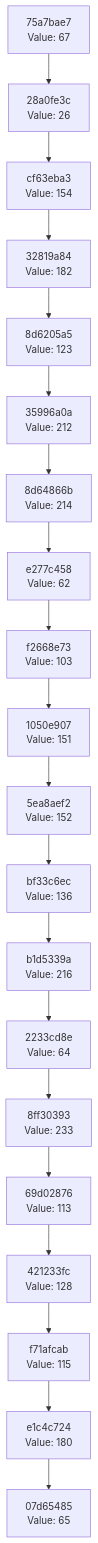
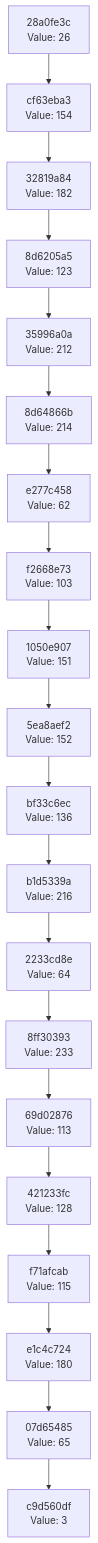
The diagram in docs/CHAIN_VISUALIZATION.md (Abhisheksinha1506/hash-chain-evolver), drawn with Mermaid before and after one commit. The commit also changed 2 other files, not shown here.

Commit message:
Evolution step: hash 0x03 → action executed

````diff
--- a/docs/CHAIN_VISUALIZATION.md
+++ b/docs/CHAIN_VISUALIZATION.md
@@ -3,42 +3,42 @@
 ```mermaid
 graph TD
-    C0["07d65485<br/>Value: 65"]
-    C1["e1c4c724<br/>Value: 180"]
+    C0["c9d560df<br/>Value: 3"]
+    C1["07d65485<br/>Value: 65"]
     C1 --> C0
-    C2["f71afcab<br/>Value: 115"]
+    C2["e1c4c724<br/>Value: 180"]
     C2 --> C1
-    C3["421233fc<br/>Value: 128"]
+    C3["f71afcab<br/>Value: 115"]
     C3 --> C2
-    C4["69d02876<br/>Value: 113"]
+    C4["421233fc<br/>Value: 128"]
     C4 --> C3
-    C5["8ff30393<br/>Value: 233"]
+    C5["69d02876<br/>Value: 113"]
     C5 --> C4
-    C6["2233cd8e<br/>Value: 64"]
+    C6["8ff30393<br/>Value: 233"]
     C6 --> C5
-    C7["b1d5339a<br/>Value: 216"]
+    C7["2233cd8e<br/>Value: 64"]
     C7 --> C6
-    C8["bf33c6ec<br/>Value: 136"]
+    C8["b1d5339a<br/>Value: 216"]
     C8 --> C7
-    C9["5ea8aef2<br/>Value: 152"]
+    C9["bf33c6ec<br/>Value: 136"]
     C9 --> C8
-    C10["1050e907<br/>Value: 151"]
+    C10["5ea8aef2<br/>Value: 152"]
     C10 --> C9
-    C11["f2668e73<br/>Value: 103"]
+    C11["1050e907<br/>Value: 151"]
     C11 --> C10
-    C12["e277c458<br/>Value: 62"]
+    C12["f2668e73<br/>Value: 103"]
     C12 --> C11
-    C13["8d64866b<br/>Value: 214"]
+    C13["e277c458<br/>Value: 62"]
     C13 --> C12
-    C14["35996a0a<br/>Value: 212"]
+    C14["8d64866b<br/>Value: 214"]
     C14 --> C13
-    C15["8d6205a5<br/>Value: 123"]
+    C15["35996a0a<br/>Value: 212"]
     C15 --> C14
-    C16["32819a84<br/>Value: 182"]
+    C16["8d6205a5<br/>Value: 123"]
     C16 --> C15
-    C17["cf63eba3<br/>Value: 154"]
+    C17["32819a84<br/>Value: 182"]
     C17 --> C16
-    C18["28a0fe3c<br/>Value: 26"]
+    C18["cf63eba3<br/>Value: 154"]
     C18 --> C17
-    C19["75a7bae7<br/>Value: 67"]
+    C19["28a0fe3c<br/>Value: 26"]
     C19 --> C18
 ```
````
